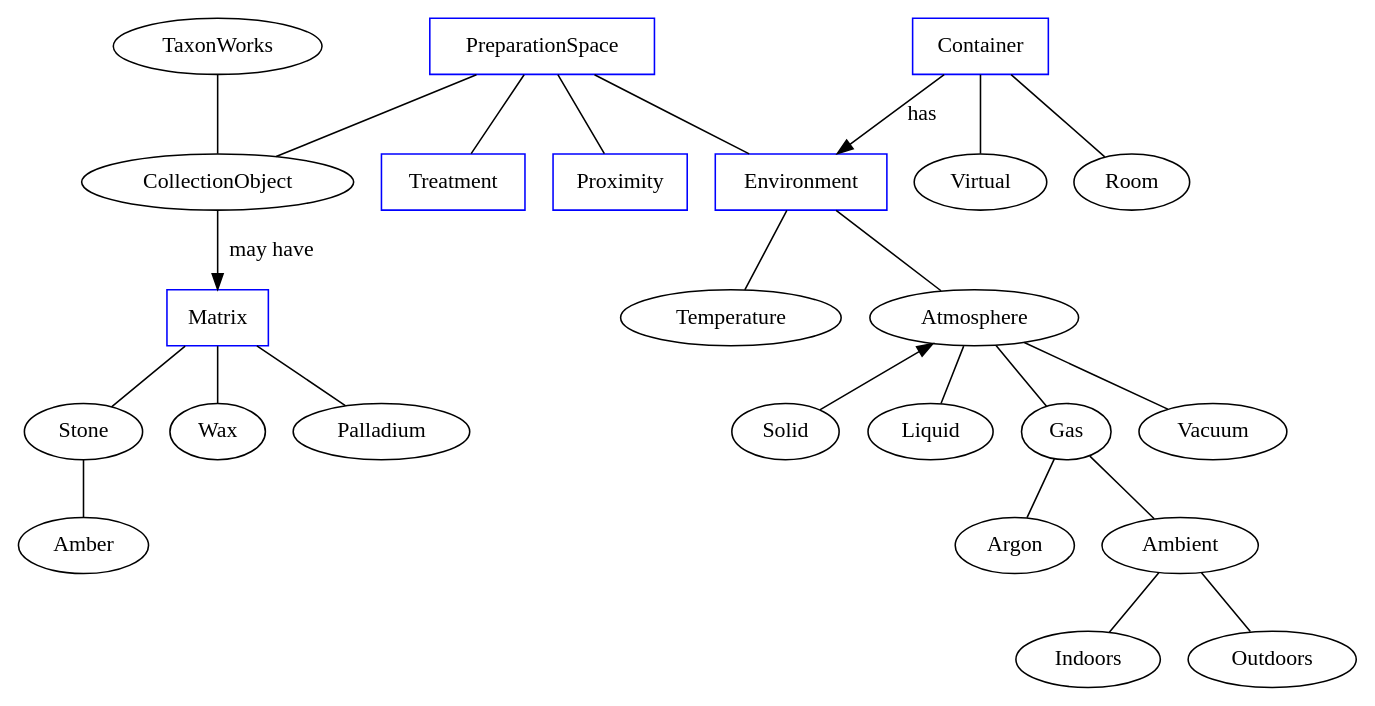
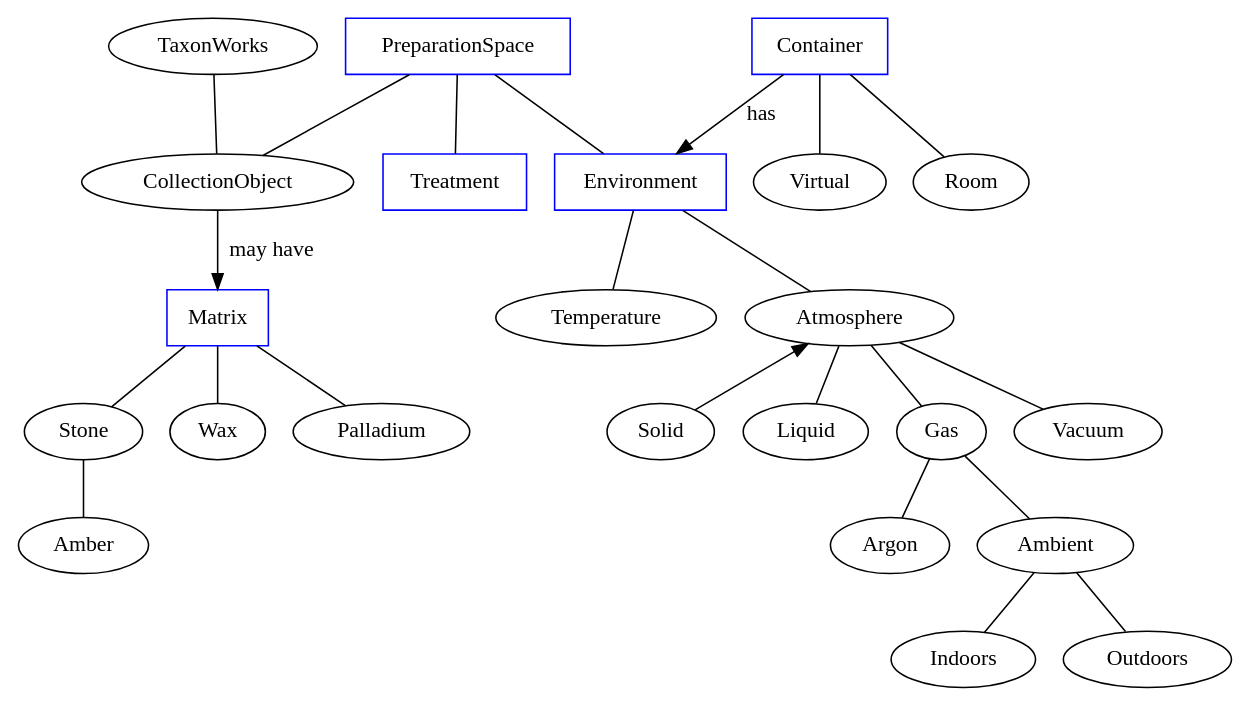
Before and after one commit to SpeciesFileGroup/taxonworks_doc: the diagram in concepts/preparation.dot, drawn with Graphviz.

Commit message:
remove Proximity, it is inferable

```diff
--- a/concepts/preparation.dot
+++ b/concepts/preparation.dot
@@ -1,106 +1,105 @@
 # Brainstorming "Preparation" 
 #
 # Observations:
 # * 1 - Matrix should be used as inward out, and environment should be outward in. 
 # * 2 - Matrix is a un-detachable property of the CollectionObject, i.e. if you move the Matrix, you always move the CollectionObject
 # * 3 - Matrix is geological, but also things like Palladium, Wax block, etc.
 # * 4 - Environment is a property of the container.
 # * 5 - Only Matrix is an attribute of the *current* physical state of the CollectionObject.  All other attributes should be tied to Thins that are *not* the collection object
 # * 5 - Given 2, we should favour outward-in approaches for environment (CollectionObject in some Container has_some Environment)
 # * 4 - There is a history of operations that change the physical nature of the CollectionObject, these should be captured in a Protocol (Treatment being a subclass of sorts in TW). Nothing about the CollectionObject's *current* physical nature should be stored as metadata in the Protocol.  For example, if the Protocol ends with the CollectionObject having some physical property then that physical property should be "duplicated" as a property of the _present_ CollectionObject?!
 #
 #
 graph  {
 # Concepts
   TaxonWorks
   CollectionObject 
 
 subgraph concepts {
   node [shape=rectangle color=blue]
 
   PreparationSpace
 
   # Treatment
   # The treatment is the process of physically altering the specimen _by a curator_ prior to the CollectionObjects current physical state.
   # Current proxy: Protocol.
   # Target implementation: Protocol, ProtocolSteps
   Treatment
 
   # Container
   # A physical (with one exception) that "localized" collection objects.  "Localizes": if you find the container, the probability of finding the specimen increases. Containers nest if a) it is physically possible and b) by nesting the probability of finding the CollectionObject increases.
   # Current proxy: Container, see https://rdoc.taxonworks.org/Container.html
   # Target implementation: Container (ontology)
   Container
 
   # Proximity
   # Proximity is temporary attribute to indicate the difference between "Bulk" and non-bulk assertions
   # Current proxy: Preparation type label
   # Target implementation: inferred, not asserted by inspection of CollectionObject#total and Container
-  Proximity
+  # Proximity
 
   # Matrix 
   # The matrix is the immediate surrounding of the CollectionObject, what surrounds it.
   # Current proxy: Preparation type label
   # Target implementation: `matrix` attribute on PreparationSpace drawn from Matrix ontology/CVT
   Matrix
 
   # Environment 
   # The Environment is the sum of the attributes that describe the the space within, or encompassing the Container the CollectionObject is in.
   # Current proxy: Preparation type label.
   # Target implementation: `environment` attribute on PreparationSpace
   Environment
 }
 
 # Preparation space
 TaxonWorks -- CollectionObject
 PreparationSpace -- CollectionObject 
 PreparationSpace -- Treatment
 PreparationSpace -- Environment 
 Container -- Environment [label="has" dir="forward"] 
 CollectionObject -- Matrix [label="may have" dir="forward"]
-PreparationSpace -- Proximity 
 
 subgraph containers {
   Virtual [URL="https://rdoc.taxonworks.org/Container/Virtual.html"]
   Container --  Virtual
   Container -- Room
 }
 
 subgraph matrix {
   Amber
   Stone
   Wax
   Palladium
 
   Matrix -- Wax
   Matrix -- Stone
   Stone -- Amber
   Matrix -- Palladium
 }
 
 subgraph environments {
   # Concepts
   Temperature
   Atmosphere
   Solid
   Liquid
   Gas 
   Vacuum
 
   Environment -- Temperature
   Environment -- Atmosphere
 
   Atmosphere -- Solid [dir="back"]
   Atmosphere -- Liquid
   Atmosphere -- Gas
   Atmosphere -- Vacuum
 
   Gas -- Argon
   Gas -- Ambient
 
   Ambient -- Indoors
   Ambient -- Outdoors
 }
 
 
 }
```
